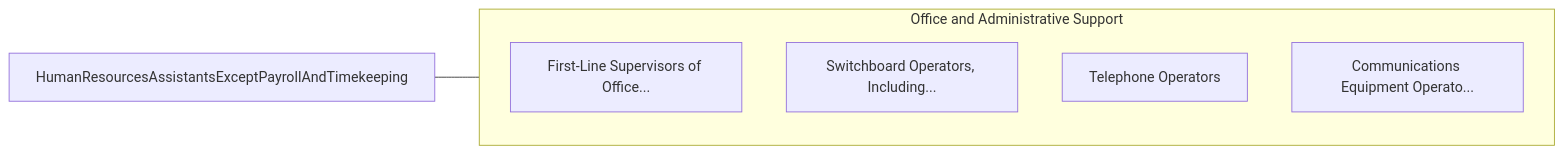
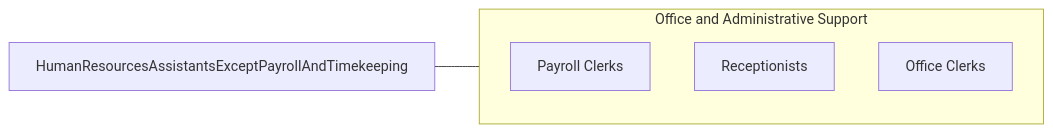
One commit to kziemski/business.org.ai changed the third of 3 diagrams in occupations/Administrative/HumanResourcesAssistantsExceptPayrollAndTimekeeping.mdx. Above: the diagram before and after it, drawn with Mermaid. The commit also changed other lines of this file and 938 other files, not shown here.

````diff
--- a/occupations/Administrative/HumanResourcesAssistantsExceptPayrollAndTimekeeping.mdx
+++ b/occupations/Administrative/HumanResourcesAssistantsExceptPayrollAndTimekeeping.mdx
@@ -121,13 +102,10 @@
 ```mermaid
 graph LR
     Current["HumanResourcesAssistantsExceptPayrollAndTimekeeping"]
-
     subgraph SameCategory["Office and Administrative Support"]
-        FirstLineSupervisors["First-Line Supervisors of Office..."]
-        SwitchboardOperators["Switchboard Operators, Including..."]
-        TelephoneOperators["Telephone Operators"]
-        CommunicationsEquipm["Communications Equipment Operato..."]
+        RPayrollClerks["Payroll Clerks"]
+        RReceptionists["Receptionists"]
+        ROfficeClerks["Office Clerks"]
     end
-
     Current --- SameCategory
 ```
````
